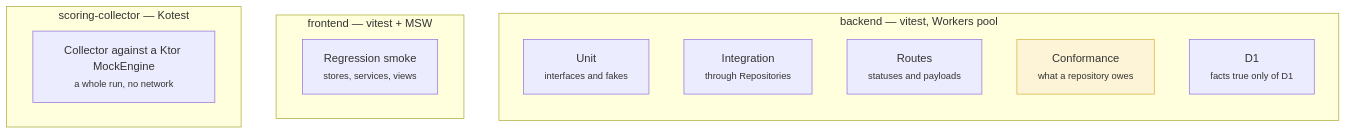
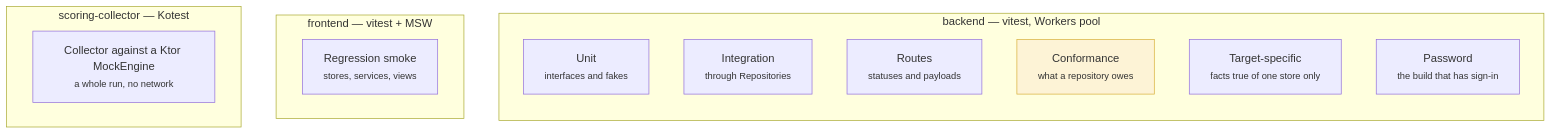
Before and after one commit to FantasyWiki/FantasyWiki: the diagram in docs/site/pages/quality/testing.md, drawn with Mermaid. The commit also changed other lines of this file and 48 other files, not shown here.

````diff
--- a/docs/site/pages/quality/testing.md
+++ b/docs/site/pages/quality/testing.md
@@ -20,22 +24,23 @@
 ```mermaid
 flowchart TB
   subgraph BE["backend — vitest, Workers pool"]
     direction TB
     B1["Unit<br/><small>interfaces and fakes</small>"]
     B2["Integration<br/><small>through Repositories</small>"]
     B3["Routes<br/><small>statuses and payloads</small>"]
     B4["Conformance<br/><small>what a repository owes</small>"]
-    B5["D1<br/><small>facts true only of D1</small>"]
+    B5["Target-specific<br/><small>facts true of one store only</small>"]
+    B6["Password<br/><small>the build that has sign-in</small>"]
   end
 
   subgraph FE["frontend — vitest + MSW"]
     F1["Regression smoke<br/><small>stores, services, views</small>"]
   end
 
   subgraph SC["scoring-collector — Kotest"]
     S1["Collector against a Ktor MockEngine<br/><small>a whole run, no network</small>"]
   end
 
   classDef gate fill:#fdf3d6,stroke:#d8b03a;
   class B4 gate;
 ```
````
